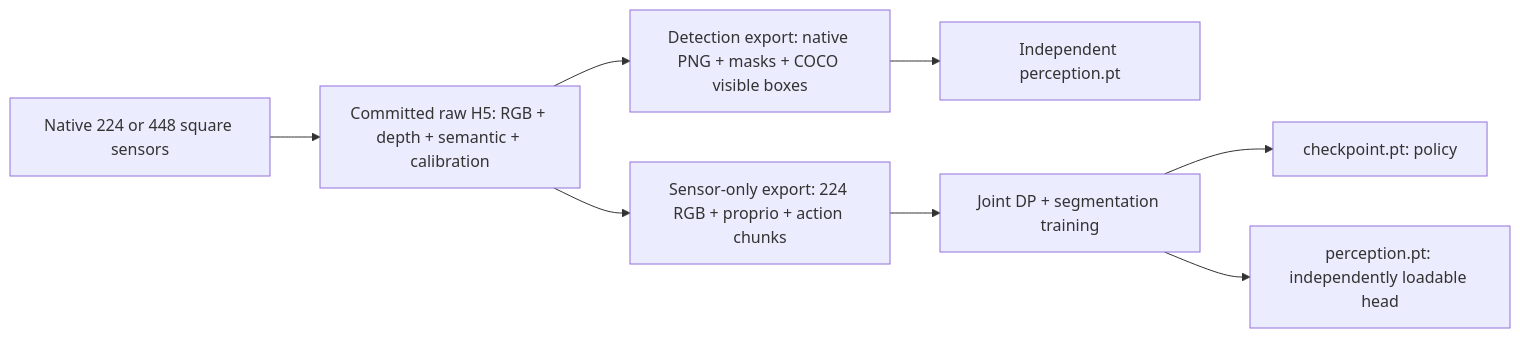
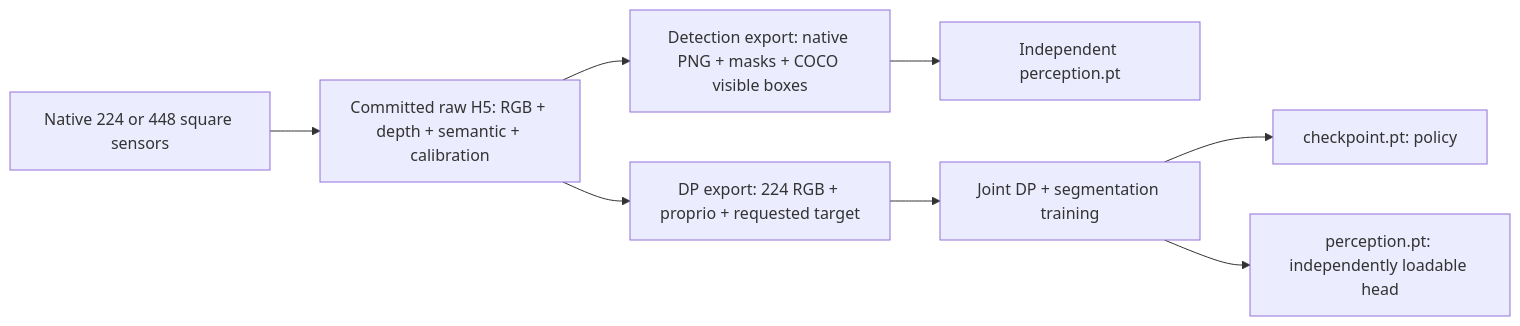
Before and after one commit to angelinemar/NSTC-Surgical-Instrument-Pick-Place: the diagram in docs/TRAINING_V2.md, drawn with Mermaid. The commit also changed other lines of this file and 37 other files, not shown here.

````diff
--- a/docs/TRAINING_V2.md
+++ b/docs/TRAINING_V2.md
@@ -5,10 +5,10 @@
 ```mermaid
 flowchart LR
     S[Native 224 or 448 square sensors] --> R[Committed raw H5: RGB + depth + semantic + calibration]
     R --> D[Detection export: native PNG + masks + COCO visible boxes]
-    R --> P[Sensor-only export: 224 RGB + proprio + action chunks]
+    R --> P[DP export: 224 RGB + proprio + requested target]
     D --> M[Independent perception.pt]
     P --> J[Joint DP + segmentation training]
     J --> A[checkpoint.pt: policy]
     J --> B[perception.pt: independently loadable head]
 ```
````
